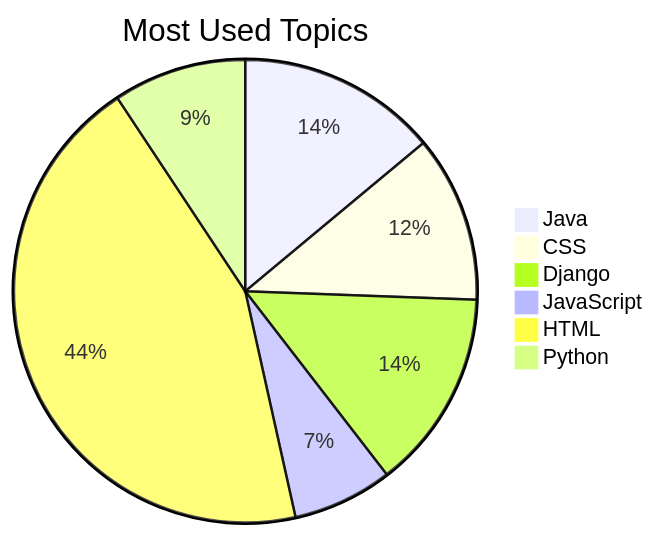
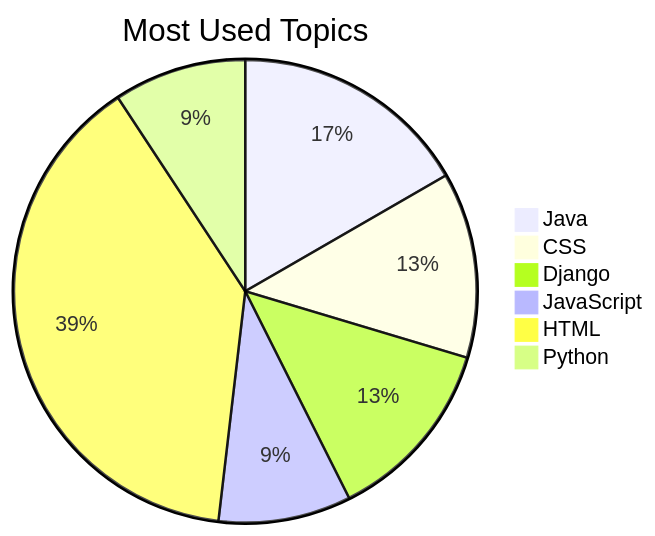
One commit to Yogesh-Bhardwaj-hue/Scm-Final_2.0 changed the first of 2 diagrams in README.md. Above: the diagram before and after it, drawn with Mermaid. The commit also changed other lines of this file, not shown here.

Commit message:
Update blog analytics

````diff
--- a/README.md
+++ b/README.md
@@ -148,9 +148,9 @@
 ```mermaid
 pie title Most Used Topics
-    "Java": 6
-    "CSS": 5
-    "Django": 6
-    "JavaScript": 3
-    "HTML": 19
-    "Python": 4
+    "Java": 9
+    "CSS": 7
+    "Django": 7
+    "JavaScript": 5
+    "HTML": 21
+    "Python": 5
 ```
````
